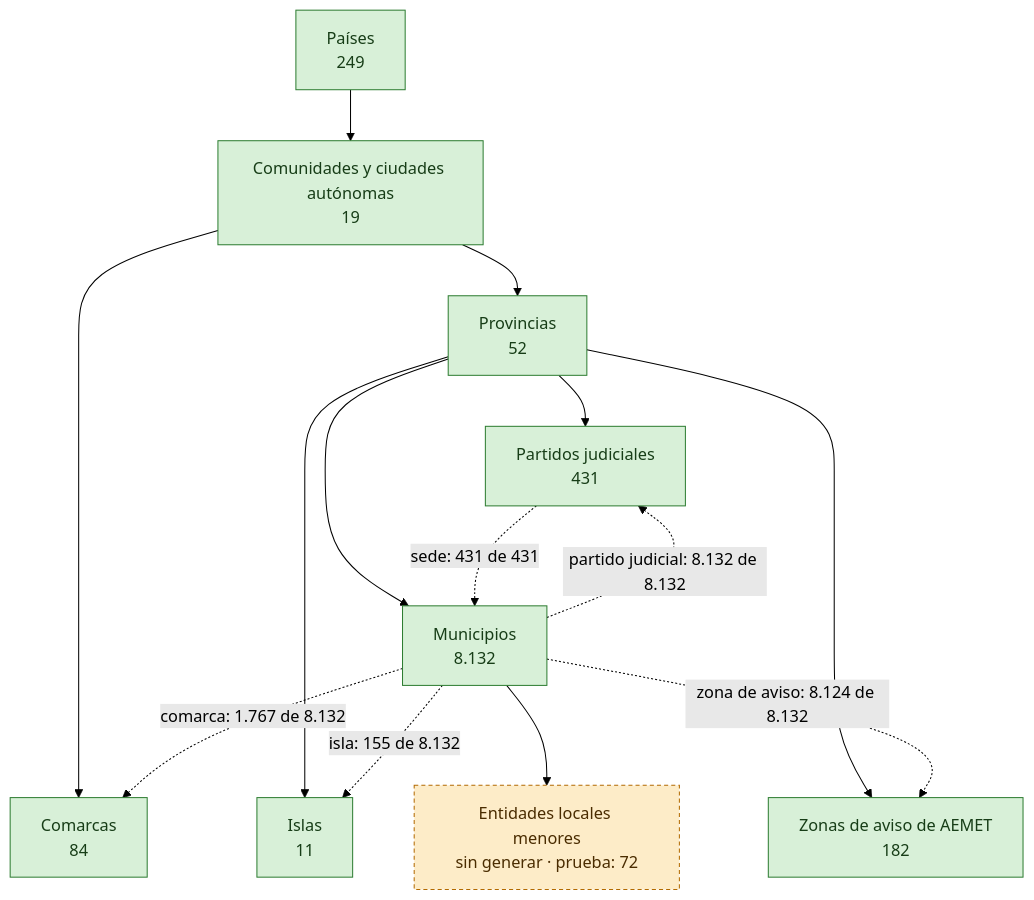
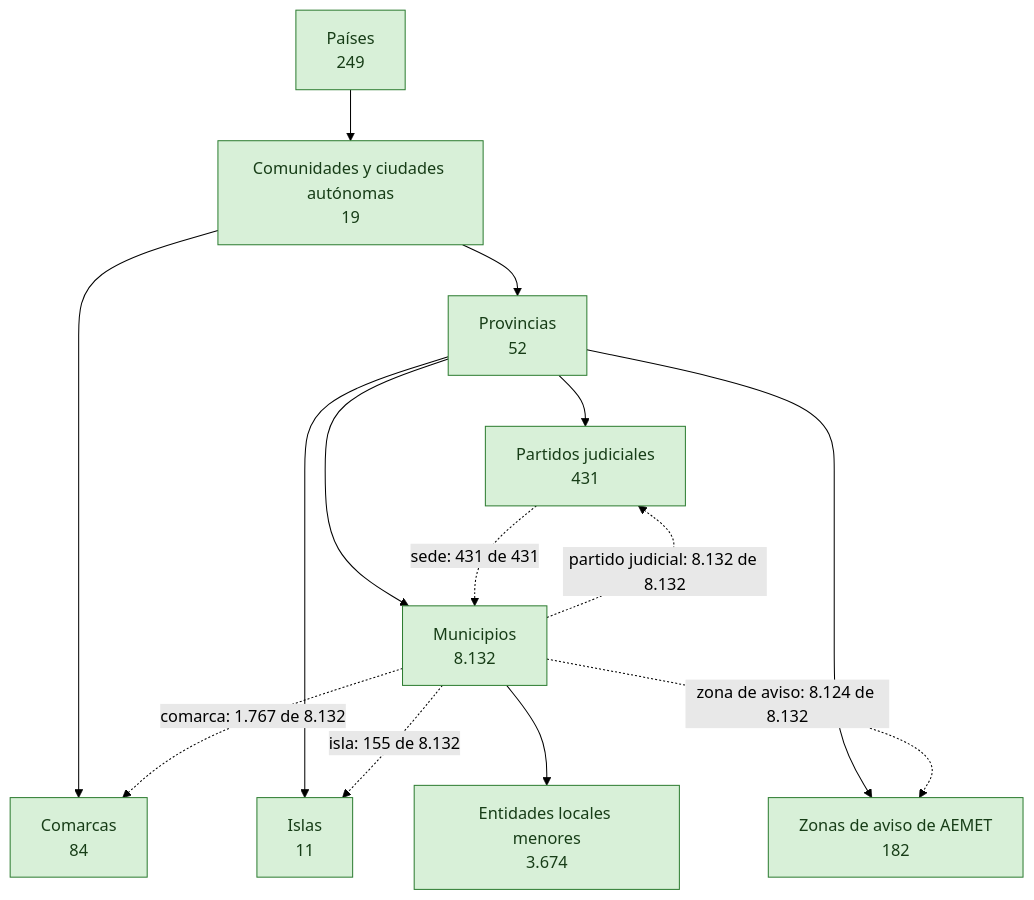
One commit to alertapublica/territorios-es changed the first of 6 diagrams in docs/estado.md. Above: the diagram before and after it, drawn with Mermaid (forest theme). The commit also changed other lines of this file and 7 other files, not shown here.

````diff
--- a/docs/estado.md
+++ b/docs/estado.md
@@ -15,29 +15,29 @@
 ```mermaid
 flowchart TB
   accTitle: Territorios
   autonomous_community["Comunidades y ciudades autónomas<br>19"]:::done
   province["Provincias<br>52"]:::done
   municipality["Municipios<br>8.132"]:::done
   island["Islas<br>11"]:::done
   judicial_district["Partidos judiciales<br>431"]:::done
   warning_zone["Zonas de aviso de AEMET<br>182"]:::done
   comarca["Comarcas<br>84"]:::done
-  minor_local_entity["Entidades locales menores<br>sin generar · prueba: 72"]:::todo
+  minor_local_entity["Entidades locales menores<br>3.674"]:::done
   country["Países<br>249"]:::done
   autonomous_community --> comarca
   autonomous_community --> province
   country --> autonomous_community
   municipality --> minor_local_entity
   province --> island
   province --> judicial_district
   province --> municipality
   province --> warning_zone
   judicial_district -.->|"sede: 431 de 431"| municipality
   municipality -.->|"comarca: 1.767 de 8.132"| comarca
   municipality -.->|"isla: 155 de 8.132"| island
   municipality -.->|"partido judicial: 8.132 de 8.132"| judicial_district
   municipality -.->|"zona de aviso: 8.124 de 8.132"| warning_zone
   classDef done fill:#d8f0d8,stroke:#2e7d32,color:#173d17
   classDef todo fill:#fdecc8,stroke:#b26a00,color:#4a2c00,stroke-dasharray:4 3
   classDef box fill:#e6eef8,stroke:#3b6ea8,color:#14304f
 ```
````
